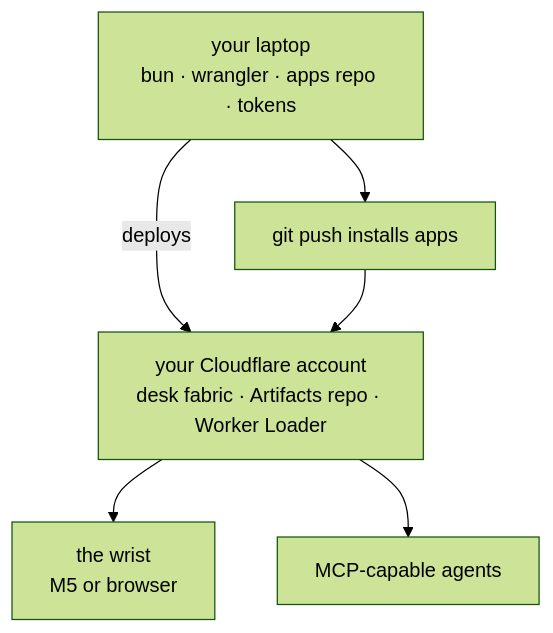
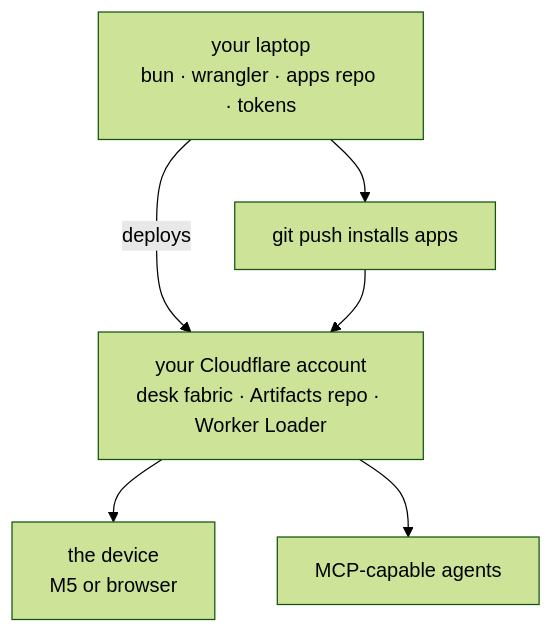
The diagram in docs/tutorials/01-build-your-first-desk.md (acoyfellow/desk), drawn with Mermaid (forest theme) before and after one commit. The commit also changed other lines of this file and 22 other files, not shown here.

````diff
--- a/docs/tutorials/01-build-your-first-desk.md
+++ b/docs/tutorials/01-build-your-first-desk.md
@@ -269,14 +269,14 @@
 ```mermaid
 flowchart TB
   laptop["your laptop<br/>bun · wrangler · apps repo · tokens"]
   cf["your Cloudflare account<br/>desk fabric · Artifacts repo · Worker Loader"]
-  wrist["the wrist<br/>M5 or browser"]
+  device["the device<br/>M5 or browser"]
   agents["MCP-capable agents"]
   apps["git push installs apps"]
 
   laptop -- deploys --> cf
-  cf --> wrist
+  cf --> device
   cf --> agents
   laptop --> apps
   apps --> cf
 ```
````
